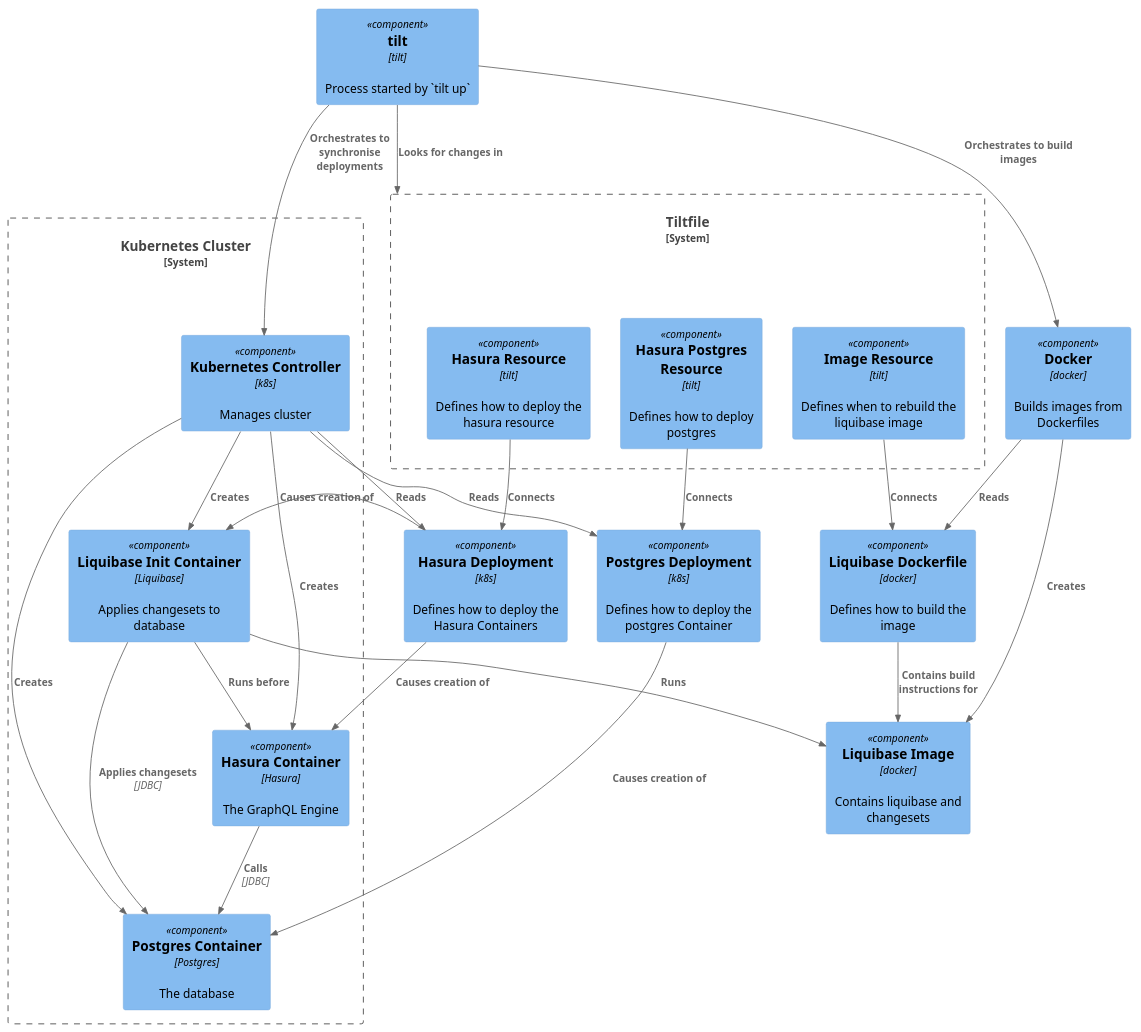
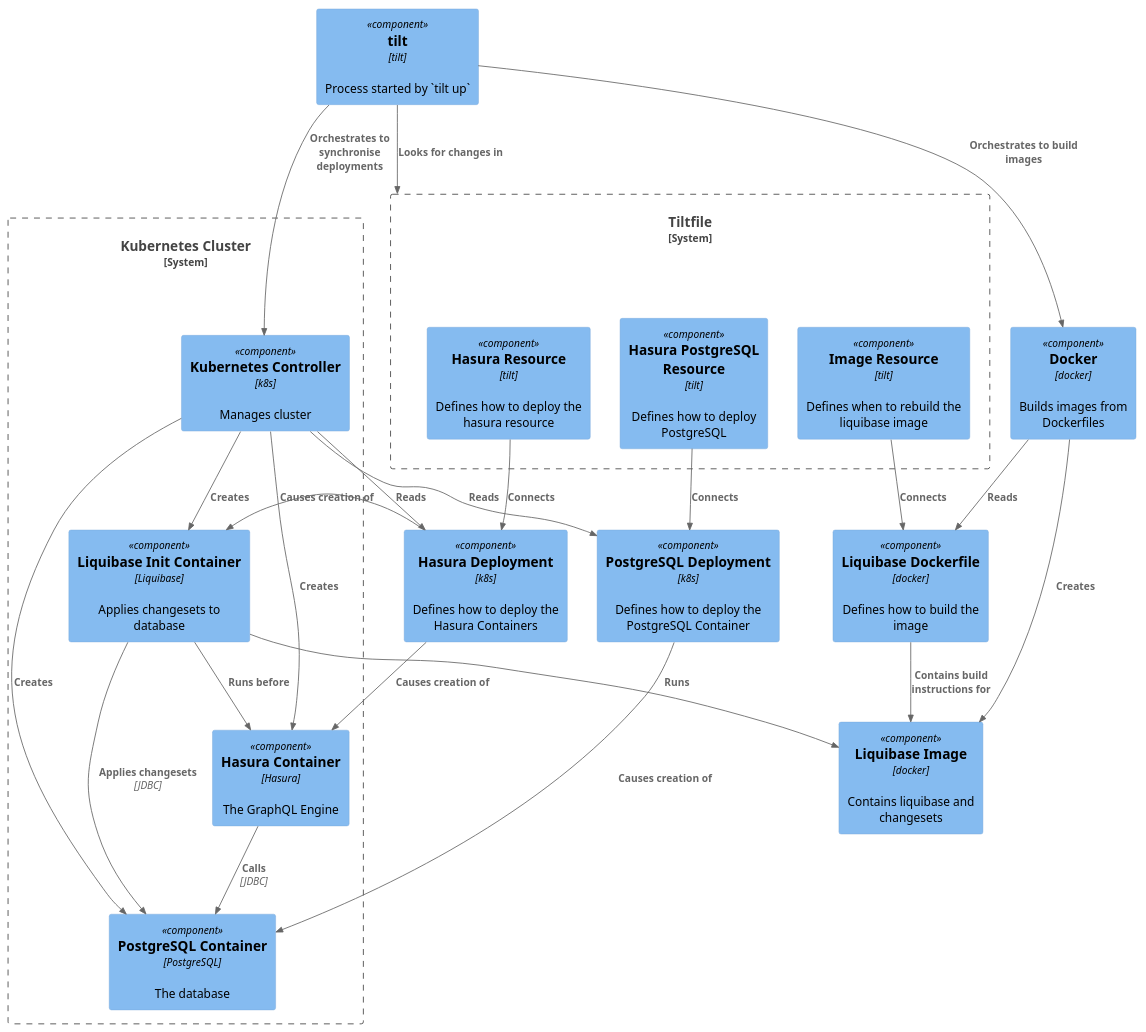
The diagram in uml/runtime.puml (XinyuKang22/APIsOverData), drawn with PlantUML before and after one commit.

```diff
--- a/uml/runtime.puml
+++ b/uml/runtime.puml
@@ -1,57 +1,57 @@
 @startuml C4_Elements
 !include https://raw.githubusercontent.com/plantuml-stdlib/C4-PlantUML/master/C4_Component.puml
 
 Component(tilt, "tilt", "tilt", "Process started by `tilt up`")
 
 System_Boundary(tiltfile, "Tiltfile") {
     Component(liquibasedef, "Image Resource", "tilt", "Defines when to rebuild the liquibase image")
     Component(hasuradef, "Hasura Resource", "tilt", "Defines how to deploy the hasura resource")
-    Component(postgresdef, "Hasura Postgres Resource", "tilt", "Defines how to deploy postgres")
+    Component(postgresdef, "Hasura PostgreSQL Resource", "tilt", "Defines how to deploy PostgreSQL")
 }
 
 
 Component(liquibaseimagedef, "Liquibase Dockerfile", "docker", "Defines how to build the image")
 
 Component(hasuradep, "Hasura Deployment", "k8s", "Defines how to deploy the Hasura Containers")
-Component(postgresdep, "Postgres Deployment", "k8s", "Defines how to deploy the postgres Container")
+Component(postgresdep, "PostgreSQL Deployment", "k8s", "Defines how to deploy the PostgreSQL Container")
 
 Component(liquibaseimage, "Liquibase Image", "docker", "Contains liquibase and changesets")
 
 Component(docker, "Docker", "docker", "Builds images from Dockerfiles")
 
 System_Boundary(k8s, "Kubernetes Cluster") {
     Component(kubeapi, "Kubernetes Controller", "k8s", "Manages cluster")
     Component(hasuracon, "Hasura Container", "Hasura", "The GraphQL Engine")
     Component(liquibasecon, "Liquibase Init Container", "Liquibase", "Applies changesets to database")
-    Component(postgrescon, "Postgres Container", "Postgres", "The database")
+    Component(postgrescon, "PostgreSQL Container", "PostgreSQL", "The database")
 }
 
 Rel(tilt, tiltfile, "Looks for changes in")
 
 Rel(hasuracon, postgrescon, "Calls", "JDBC")
 Rel(liquibasecon, postgrescon, "Applies changesets", "JDBC")
 Rel(liquibasecon, hasuracon, "Runs before")
 Rel(liquibasecon, liquibaseimage, "Runs")
 
 Rel(postgresdef, postgresdep, "Connects")
 Rel(postgresdep, postgrescon, "Causes creation of")
 
 Rel(hasuradef, hasuradep, "Connects")
 Rel(hasuradep, hasuracon, "Causes creation of")
 Rel(hasuradep, liquibasecon, "Causes creation of")
 
 Rel(liquibasedef, liquibaseimagedef, "Connects")
 Rel(docker, liquibaseimagedef, "Reads")
 Rel(docker, liquibaseimage, "Creates")
 Rel(liquibaseimagedef, liquibaseimage, "Contains build instructions for")
 
 Rel(tilt, docker, "Orchestrates to build images")
 Rel(tilt, kubeapi, "Orchestrates to synchronise deployments")
 Rel(kubeapi, liquibasecon, "Creates")
 Rel(kubeapi, hasuracon, "Creates")
 Rel(kubeapi, postgrescon, "Creates")
 
 Rel(kubeapi, hasuradep, "Reads")
 Rel(kubeapi, postgresdep, "Reads")
 
 @enduml
```
